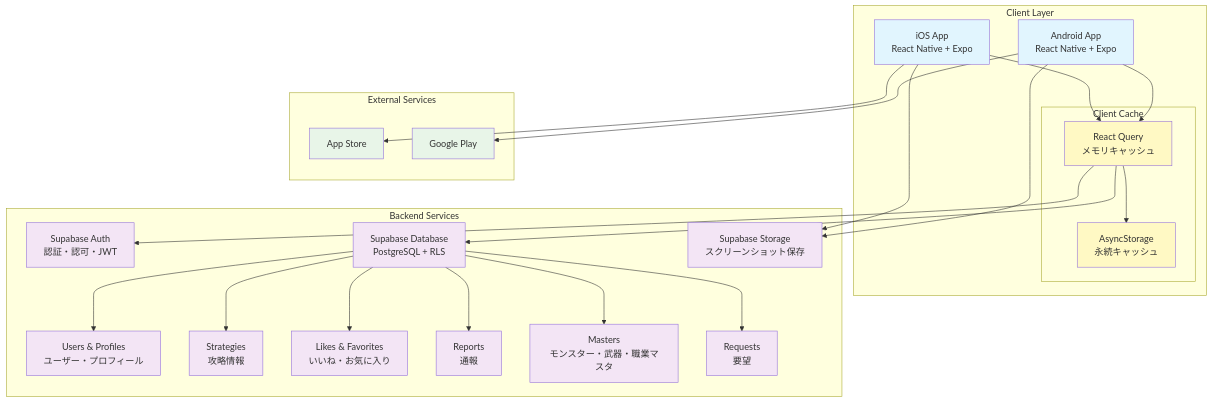
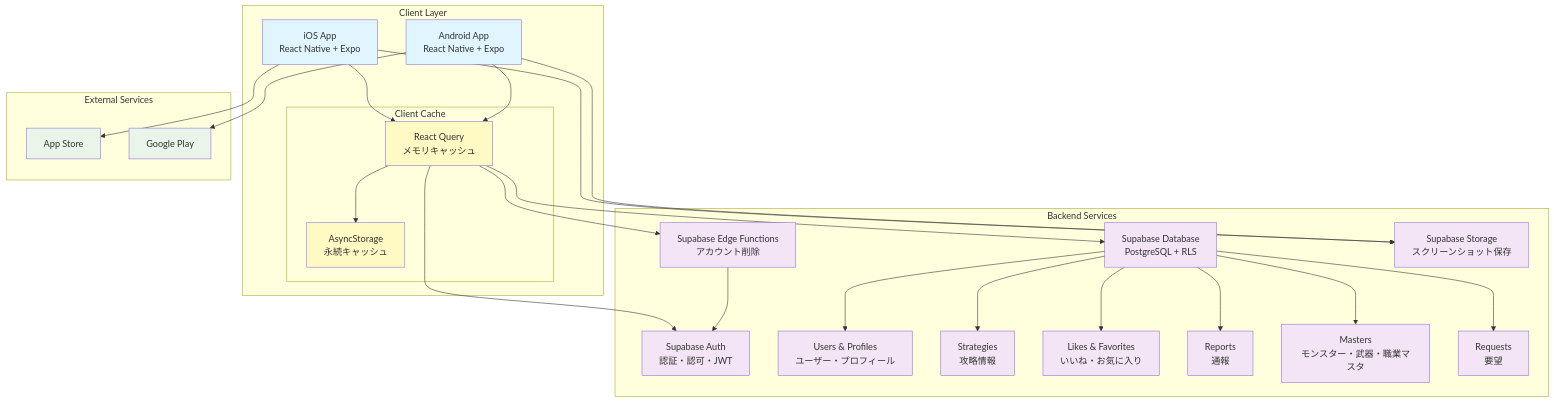
The first of 2 diagrams in documents/2_アーキテクチャ設計書.md (Lighthouse-projects/dqwfuntool_MonsterWalker), drawn with Mermaid before and after one commit. The commit also changed other lines of this file and 5 other files, not shown here.

````diff
--- a/documents/2_アーキテクチャ設計書.md
+++ b/documents/2_アーキテクチャ設計書.md
@@ -26,56 +27,59 @@
 ```mermaid
 graph TB
     subgraph "Client Layer"
         A[iOS App<br/>React Native + Expo]
         B[Android App<br/>React Native + Expo]
         subgraph "Client Cache"
             CA[React Query<br/>メモリキャッシュ]
             CB[AsyncStorage<br/>永続キャッシュ]
         end
     end
 
     subgraph "Backend Services"
         D[Supabase Auth<br/>認証・認可・JWT]
         E[Supabase Database<br/>PostgreSQL + RLS]
         E1[Users & Profiles<br/>ユーザー・プロフィール]
         E2[Strategies<br/>攻略情報]
         E3[Likes & Favorites<br/>いいね・お気に入り]
         E4[Reports<br/>通報]
         E5[Masters<br/>モンスター・武器・職業マスタ]
         E6[Requests<br/>要望]
+        F[Supabase Edge Functions<br/>アカウント削除]
         G[Supabase Storage<br/>スクリーンショット保存]
     end
 
     subgraph "External Services"
         L[App Store]
         M[Google Play]
     end
 
     A --> CA
     B --> CA
     CA --> CB
     CA --> D
     CA --> E
+    CA --> F
     A --> G
     B --> G
+    F --> D
 
     E --> E1
     E --> E2
     E --> E3
     E --> E4
     E --> E5
     E --> E6
 
     A --> L
     B --> M
 
     classDef client fill:#e1f5fe
     classDef backend fill:#f3e5f5
     classDef external fill:#e8f5e8
     classDef cache fill:#fff9c4
 
     class A,B client
     class CA,CB cache
-    class D,E,E1,E2,E3,E4,E5,E6,G backend
+    class D,E,E1,E2,E3,E4,E5,E6,F,G backend
     class L,M external
 ```
````
